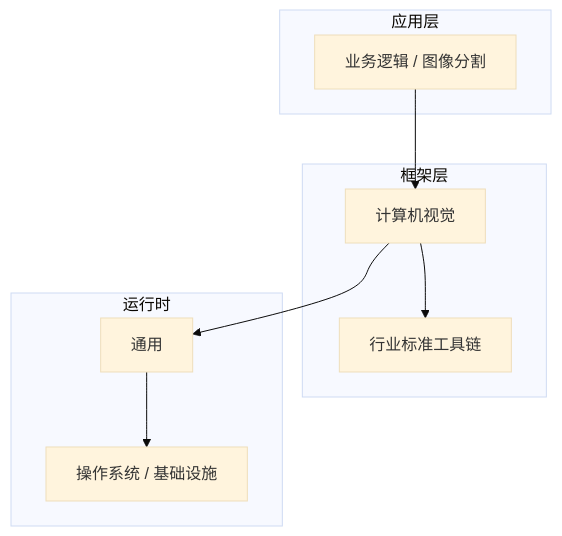
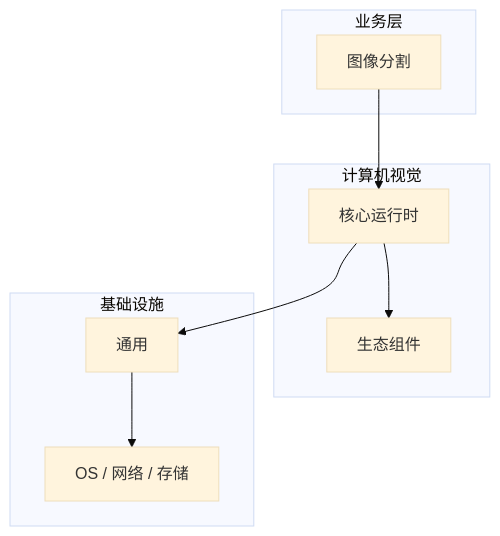
One commit to yanggan2015/knowledge-json-v2 changed the diagram in articles/计算机视觉/chapters/061-图像分割核心概念与原理.md. Above: the diagram before and after it, drawn with Mermaid (base theme). The commit also changed other lines of this file and 10127 other files, not shown here.

````diff
--- a/articles/计算机视觉/chapters/061-图像分割核心概念与原理.md
+++ b/articles/计算机视觉/chapters/061-图像分割核心概念与原理.md
@@ -45,18 +30,18 @@
 ```mermaid
 graph TB
-    subgraph 应用层
-        A[业务逻辑 / 图像分割]
+    subgraph 业务层
+        A[图像分割]
     end
-    subgraph 框架层
-        B[计算机视觉]
-        C[行业标准工具链]
+    subgraph 计算机视觉
+        B[核心运行时]
+        C[生态组件]
     end
-    subgraph 运行时
+    subgraph 基础设施
         D[通用]
-        E[操作系统 / 基础设施]
+        E[OS / 网络 / 存储]
     end
     A --> B
     B --> C
     B --> D
     D --> E
 ```
````
